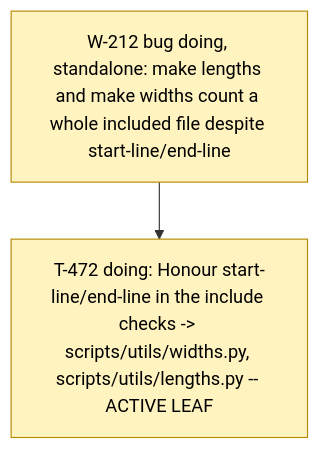
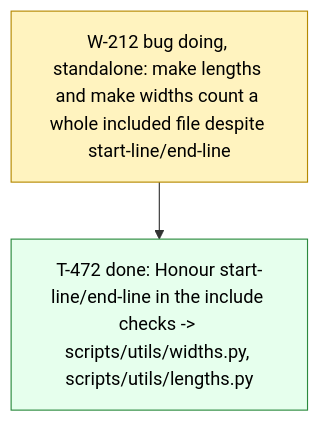
One commit to dpopchev/chaos-to-simple changed the diagram in .board/BOARD.md. Above: the diagram before and after it, drawn with Mermaid. The commit also changed other lines of this file and 1 other file, not shown here.

Commit message:
chore(board): close T-472 -- W-212 ready to land
Refs: W-212 T-472

````diff
--- a/.board/BOARD.md
+++ b/.board/BOARD.md
@@ -1251,11 +1251,12 @@
 ```mermaid
 flowchart TD
   W212["W-212 bug doing, standalone: make lengths and make widths count a whole included file despite start-line/end-line"]
-  W212 --> T472["T-472 doing: Honour start-line/end-line in the include checks -> scripts/utils/widths.py, scripts/utils/lengths.py -- ACTIVE LEAF"]
+  W212 --> T472["T-472 done: Honour start-line/end-line in the include checks -> scripts/utils/widths.py, scripts/utils/lengths.py"]
   classDef doing fill:#fff3bf,stroke:#b58900,color:#000;
   classDef blocked fill:#ffe3e3,stroke:#c92a2a,color:#000;
   classDef done fill:#e6ffed,stroke:#2b8a3e,color:#000;
   classDef todo fill:#f8f9fa,stroke:#868e96,color:#000;
   classDef pruned fill:#f1f3f5,stroke:#adb5bd,color:#000;
-  class W212,T472 doing
+  class W212 doing
+  class T472 done
 ```
````
